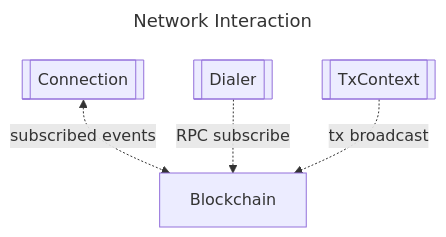
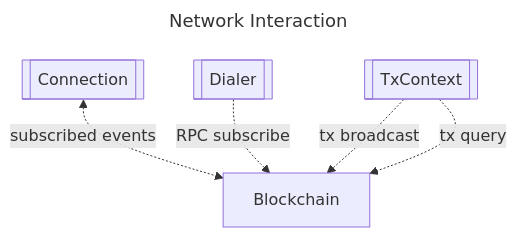
One commit to pokt-network/poktroll changed the third of 3 diagrams in docs/pkg/client/README.md. Above: the diagram before and after it, drawn with Mermaid.

Commit message:
docs: add `tx query` usage association between `txContext` & `Blockchain`

````diff
--- a/docs/pkg/client/README.md
+++ b/docs/pkg/client/README.md
@@ -69,16 +69,17 @@
 ```mermaid
 ---
 title: Network Interaction
 ---
 flowchart
 
 txctx[[TxContext]]
 conn[[Connection]]
 dial[[Dialer]]
 
 chain[Blockchain]
 
 conn <-."subscribed events".-> chain
 dial -."RPC subscribe".-> chain
 txctx -."tx broadcast".-> chain
+txctx -."tx query".-> chain
 ```
````
